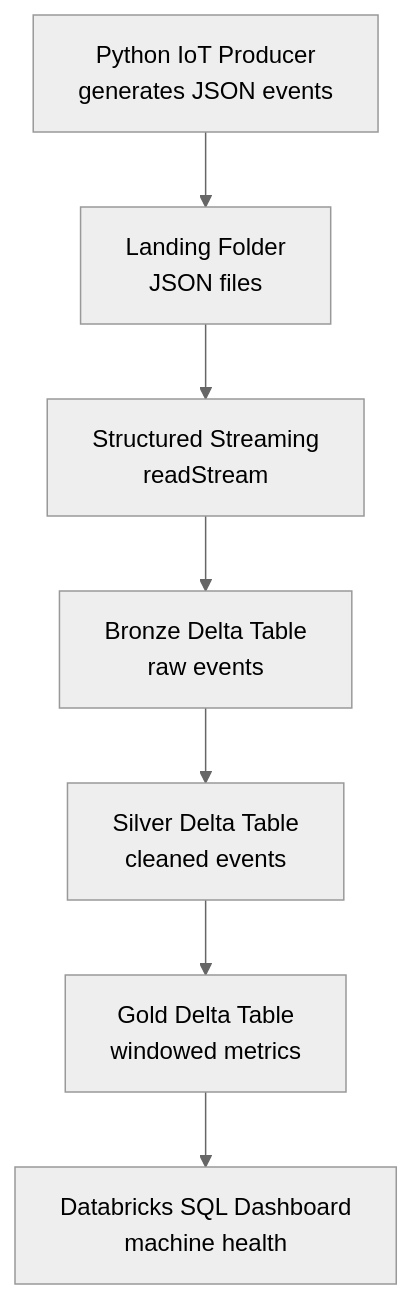
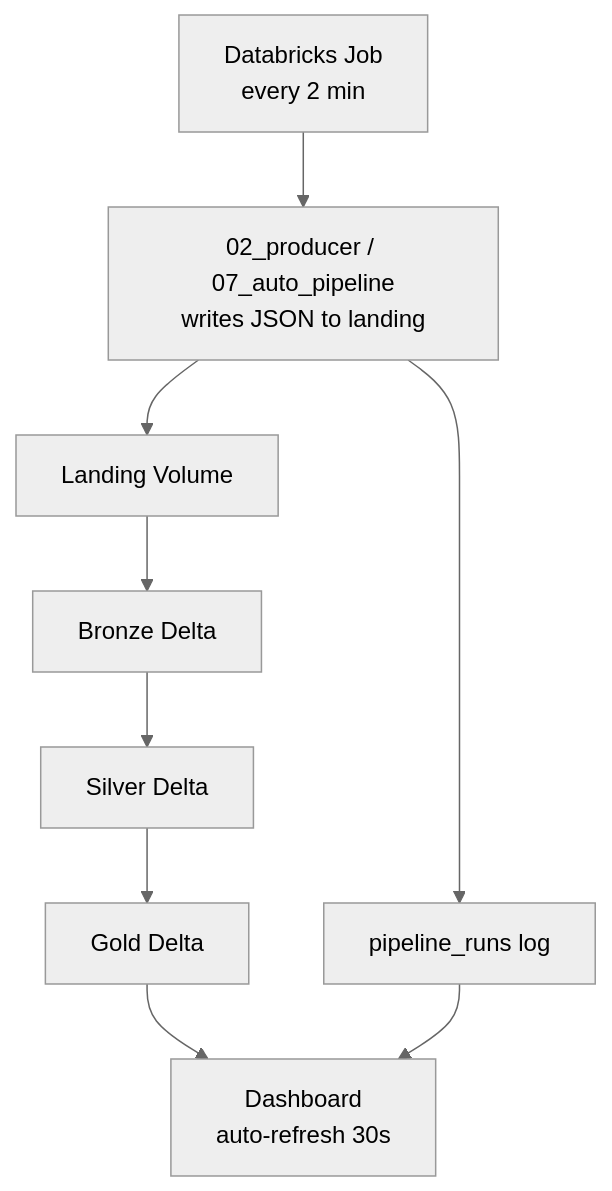
Before and after one commit to MuskanAwais/smart_factory_streaming_pipeline: the diagram in README.md, drawn with Mermaid (neutral theme). The commit also changed other lines of this file and 36 other files, not shown here.

Commit message:
Add automated pipeline and dashboard

````diff
--- a/README.md
+++ b/README.md
@@ -11,9 +15,16 @@
 ```mermaid
 flowchart TD
-    A["Python IoT Producer<br/>generates JSON events"] --> B["Landing Folder<br/>JSON files"]
-    B --> C["Structured Streaming<br/>readStream"]
-    C --> D["Bronze Delta Table<br/>raw events"]
-    D --> E["Silver Delta Table<br/>cleaned events"]
-    E --> F["Gold Delta Table<br/>windowed metrics"]
-    F --> G["Databricks SQL Dashboard<br/>machine health"]
+    JOB["Databricks Job<br/>every 2 min"]
+    PROD["02_producer / 07_auto_pipeline<br/>writes JSON to landing"]
+    LAND["Landing Volume"]
+    BRZ["Bronze Delta"]
+    SLV["Silver Delta"]
+    GLD["Gold Delta"]
+    LOG["pipeline_runs log"]
+    DASH["Dashboard<br/>auto-refresh 30s"]
+
+    JOB --> PROD --> LAND --> BRZ --> SLV --> GLD
+    PROD --> LOG
+    GLD --> DASH
+    LOG --> DASH
 ```
````
